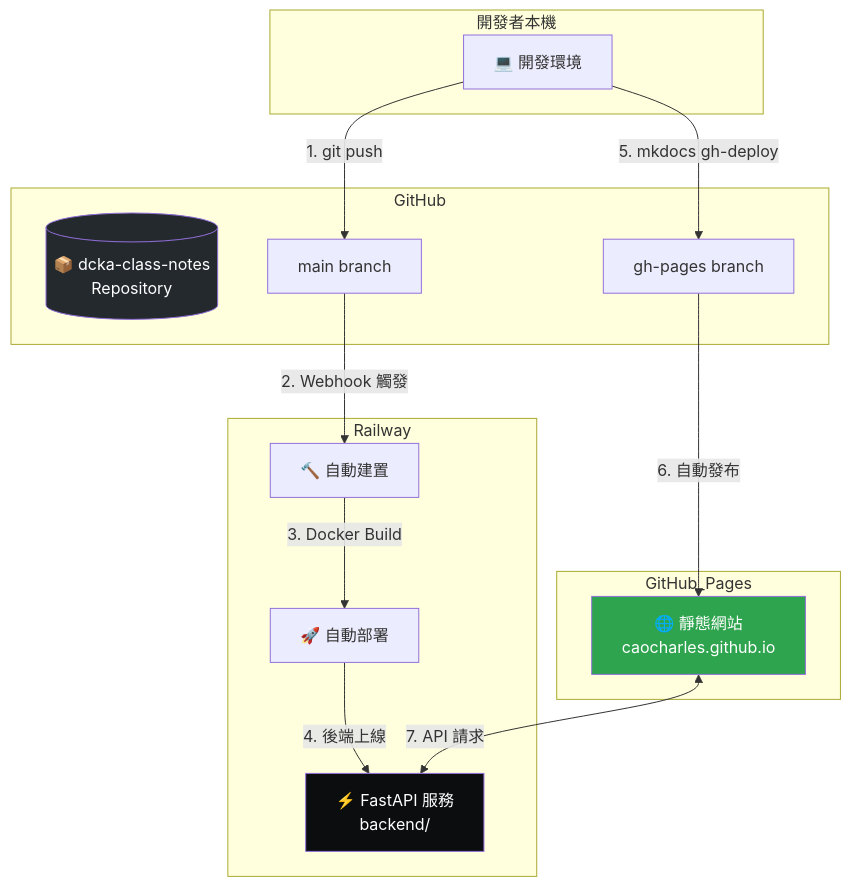
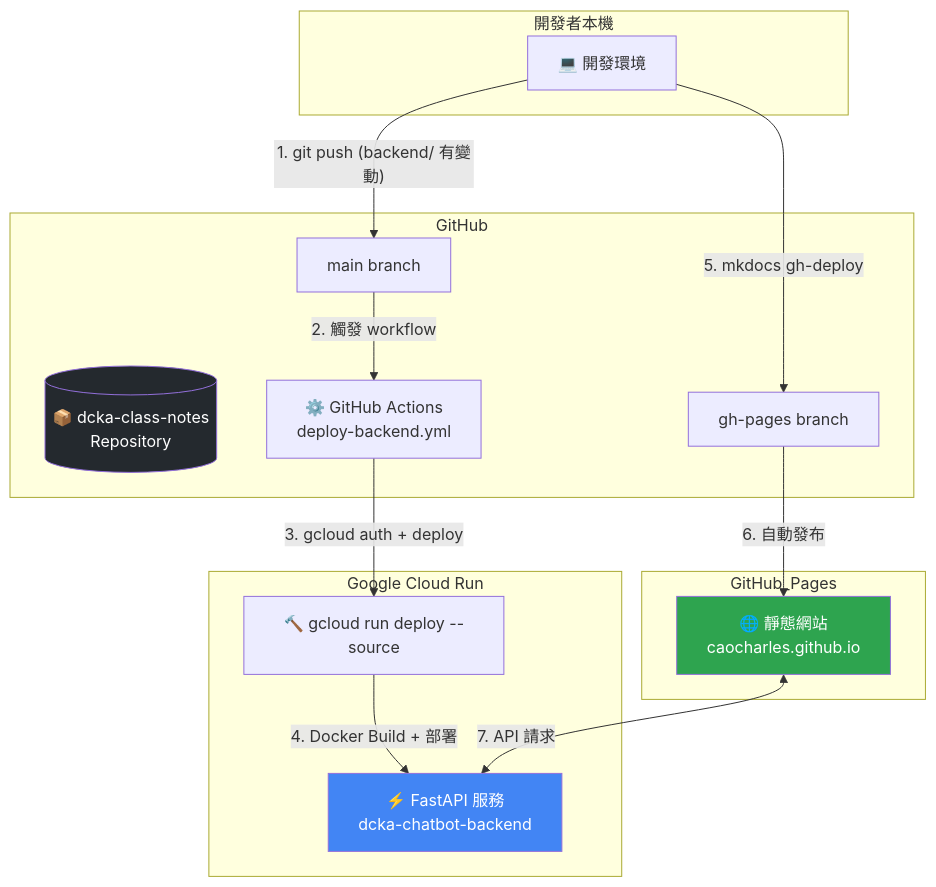
One commit to CaoCharles/dcka-class-notes changed the second of 2 diagrams in backend/README.md. Above: the diagram before and after it, drawn with Mermaid. The commit also changed other lines of this file and 1 other file, not shown here.

First line of the commit message:
docs: 同步 README 與實際部署架構（Cloud Run + Gemini 3.7 Flash）

````diff
--- a/backend/README.md
+++ b/backend/README.md
@@ -277,36 +277,36 @@
 ```mermaid
 flowchart TB
     subgraph GitHub
         GH_Repo[("📦 dcka-class-notes<br/>Repository")]
         GH_Main["main branch"]
         GH_Pages["gh-pages branch"]
+        GH_Action["⚙️ GitHub Actions<br/>deploy-backend.yml"]
     end
 
     subgraph 開發者本機
         DEV["💻 開發環境"]
     end
 
-    subgraph Railway
-        RW_Service["⚡ FastAPI 服務<br/>backend/"]
-        RW_Build["🔨 自動建置"]
-        RW_Deploy["🚀 自動部署"]
+    subgraph "Google Cloud Run"
+        CR_Build["🔨 gcloud run deploy --source"]
+        CR_Service["⚡ FastAPI 服務<br/>dcka-chatbot-backend"]
     end
 
     subgraph GitHub_Pages
         GP["🌐 靜態網站<br/>caocharles.github.io"]
     end
 
-    DEV -->|"1. git push"| GH_Main
-    GH_Main -->|"2. Webhook 觸發"| RW_Build
-    RW_Build -->|"3. Docker Build"| RW_Deploy
-    RW_Deploy -->|"4. 後端上線"| RW_Service
+    DEV -->|"1. git push (backend/ 有變動)"| GH_Main
+    GH_Main -->|"2. 觸發 workflow"| GH_Action
+    GH_Action -->|"3. gcloud auth + deploy"| CR_Build
+    CR_Build -->|"4. Docker Build + 部署"| CR_Service
 
     DEV -->|"5. mkdocs gh-deploy"| GH_Pages
     GH_Pages -->|"6. 自動發布"| GP
 
-    GP <-->|"7. API 請求"| RW_Service
+    GP <-->|"7. API 請求"| CR_Service
 
     style GH_Repo fill:#24292e,color:#fff
-    style RW_Service fill:#0B0D0E,color:#fff
+    style CR_Service fill:#4285F4,color:#fff
     style GP fill:#2ea44f,color:#fff
 ```
````
